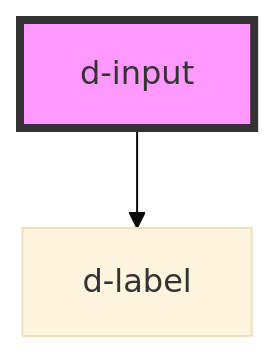
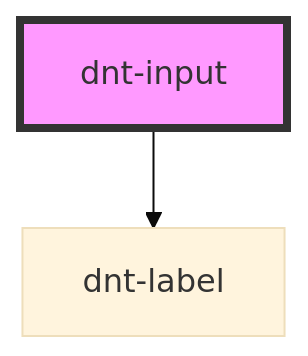
Before and after one commit to esaramago/dante: the diagram in src/components/input/readme.md, drawn with Mermaid (base theme). The commit also changed other lines of this file and 5 other files, not shown here.

````diff
--- a/src/components/input/readme.md
+++ b/src/components/input/readme.md
@@ -36,5 +36,5 @@
 ```mermaid
 graph TD;
-  d-input --> d-label
-  style d-input fill:#f9f,stroke:#333,stroke-width:4px
+  dnt-input --> dnt-label
+  style dnt-input fill:#f9f,stroke:#333,stroke-width:4px
 ```
````
